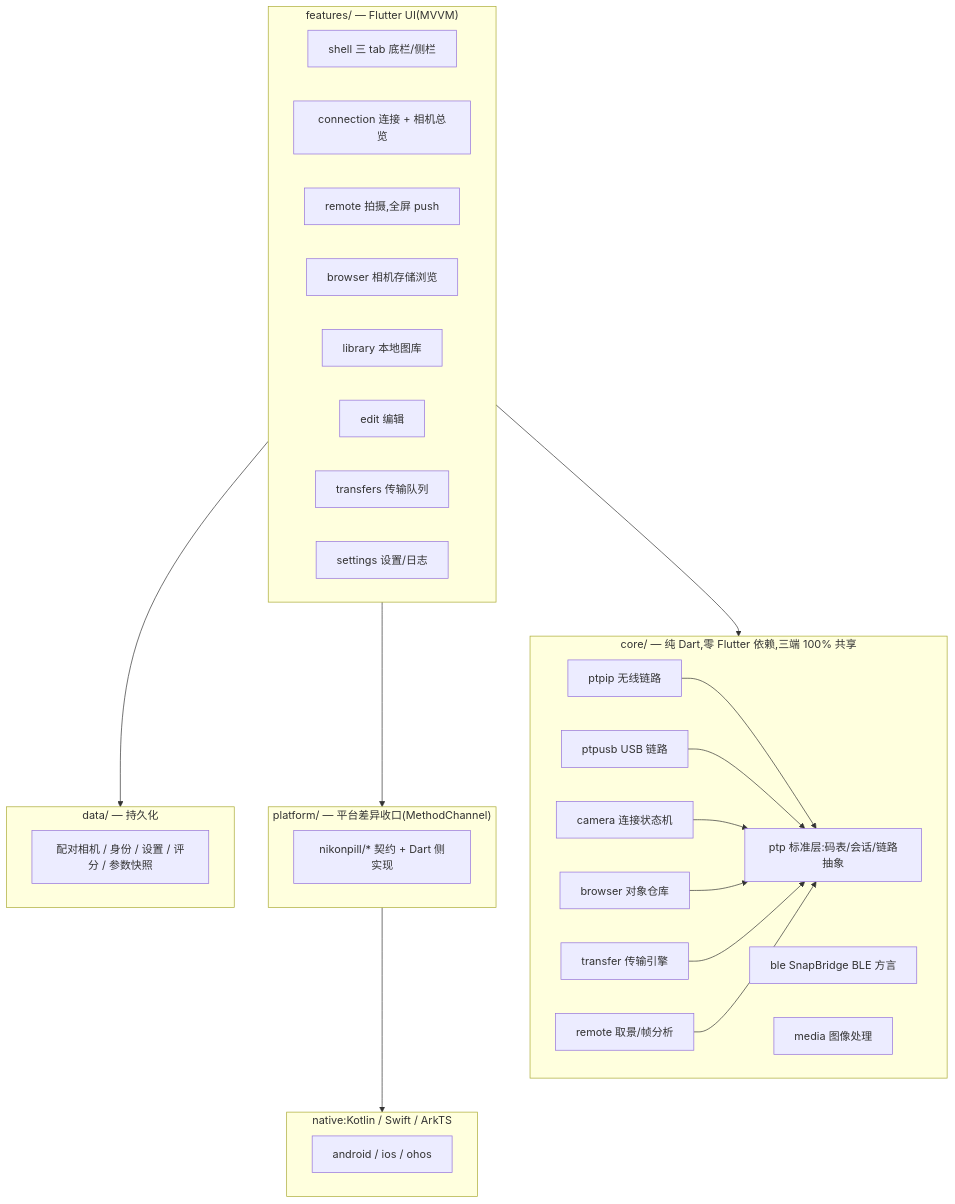
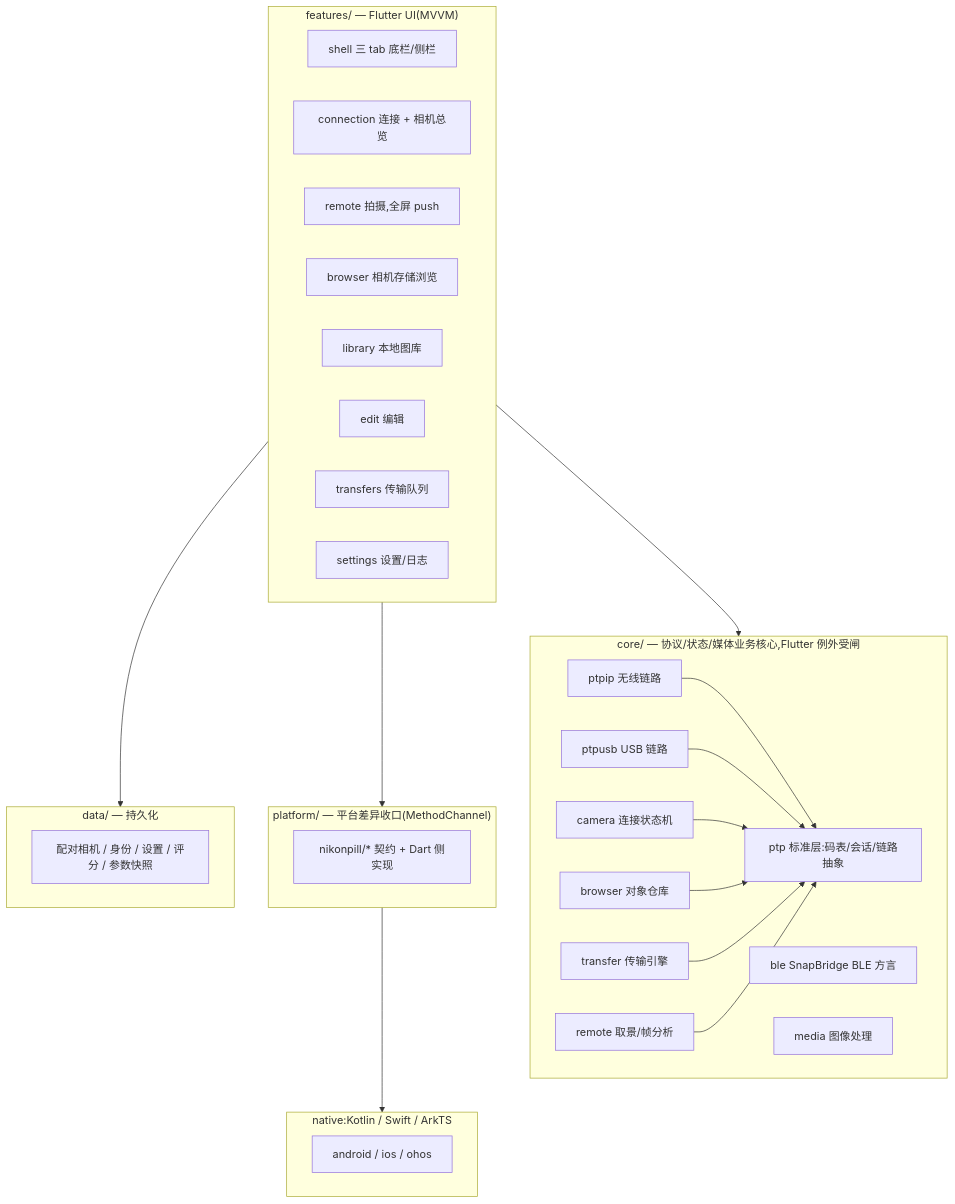
One commit to jaminxx-aha/ZPill changed the diagram in docs/ARCHITECTURE.md. Above: the diagram before and after it, drawn with Mermaid. The commit also changed other lines of this file and 9 other files, not shown here.

Commit message:
chore(architecture): 收紧核心依赖并建立文件规模闸

````diff
--- a/docs/ARCHITECTURE.md
+++ b/docs/ARCHITECTURE.md
@@ -10,44 +10,44 @@
 ```mermaid
 flowchart TD
     subgraph UI["features/ — Flutter UI(MVVM)"]
         shell[shell 三 tab 底栏/侧栏]
         conn[connection 连接 + 相机总览]
         remote[remote 拍摄,全屏 push]
         browser[browser 相机存储浏览]
         library[library 本地图库]
         edit[edit 编辑]
         transfers[transfers 传输队列]
         settings[settings 设置/日志]
     end
-    subgraph CORE["core/ — 纯 Dart,零 Flutter 依赖,三端 100% 共享"]
+    subgraph CORE["core/ — 协议/状态/媒体业务核心,Flutter 例外受闸"]
         ptp[ptp 标准层:码表/会话/链路抽象]
         ptpip[ptpip 无线链路]
         ptpusb[ptpusb USB 链路]
         bleC[ble SnapBridge BLE 方言]
         camera[camera 连接状态机]
         browserCore[browser 对象仓库]
         transfer[transfer 传输引擎]
         remoteCore[remote 取景/帧分析]
         media[media 图像处理]
     end
     subgraph PLAT["platform/ — 平台差异收口(MethodChannel)"]
         plat["nikonpill/* 契约 + Dart 侧实现"]
     end
     subgraph DATA["data/ — 持久化"]
         store[配对相机 / 身份 / 设置 / 评分 / 参数快照]
     end
     subgraph NATIVE["native:Kotlin / Swift / ArkTS"]
         native[android / ios / ohos]
     end
 
     UI --> CORE
     UI --> PLAT
     UI --> DATA
     ptpip --> ptp
     ptpusb --> ptp
     camera --> ptp
     browserCore --> ptp
     transfer --> ptp
     remoteCore --> ptp
     PLAT --> NATIVE
 ```
````
